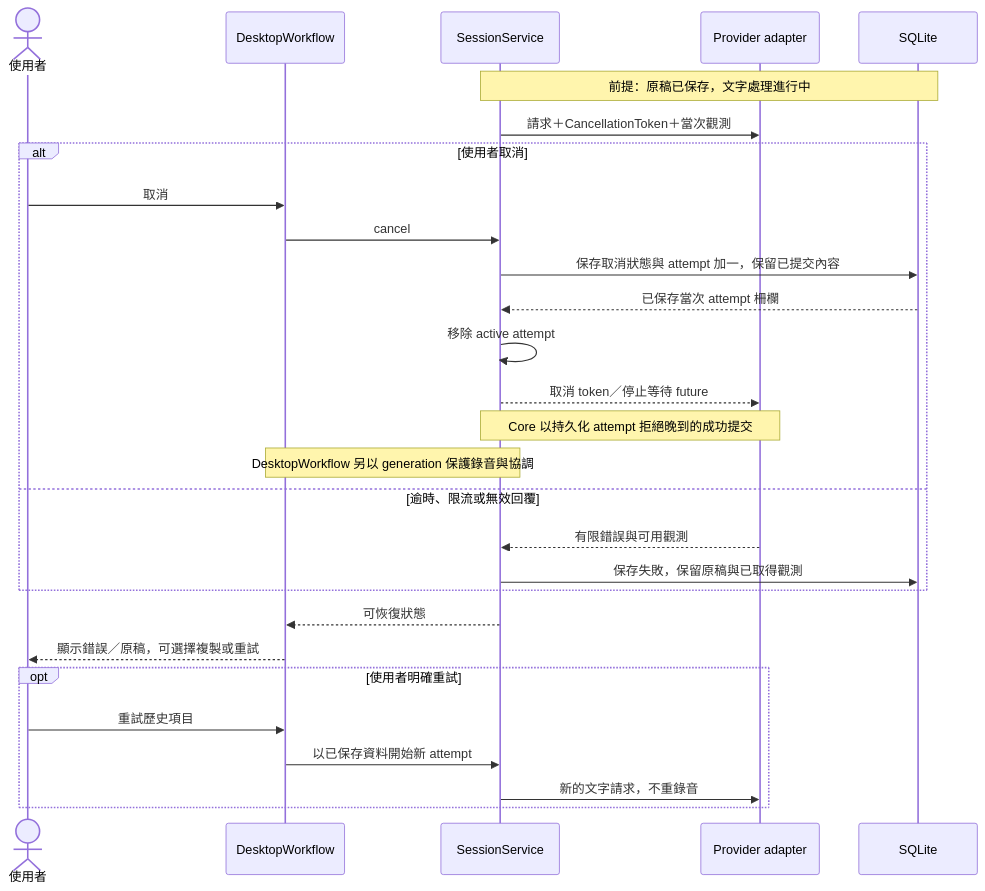
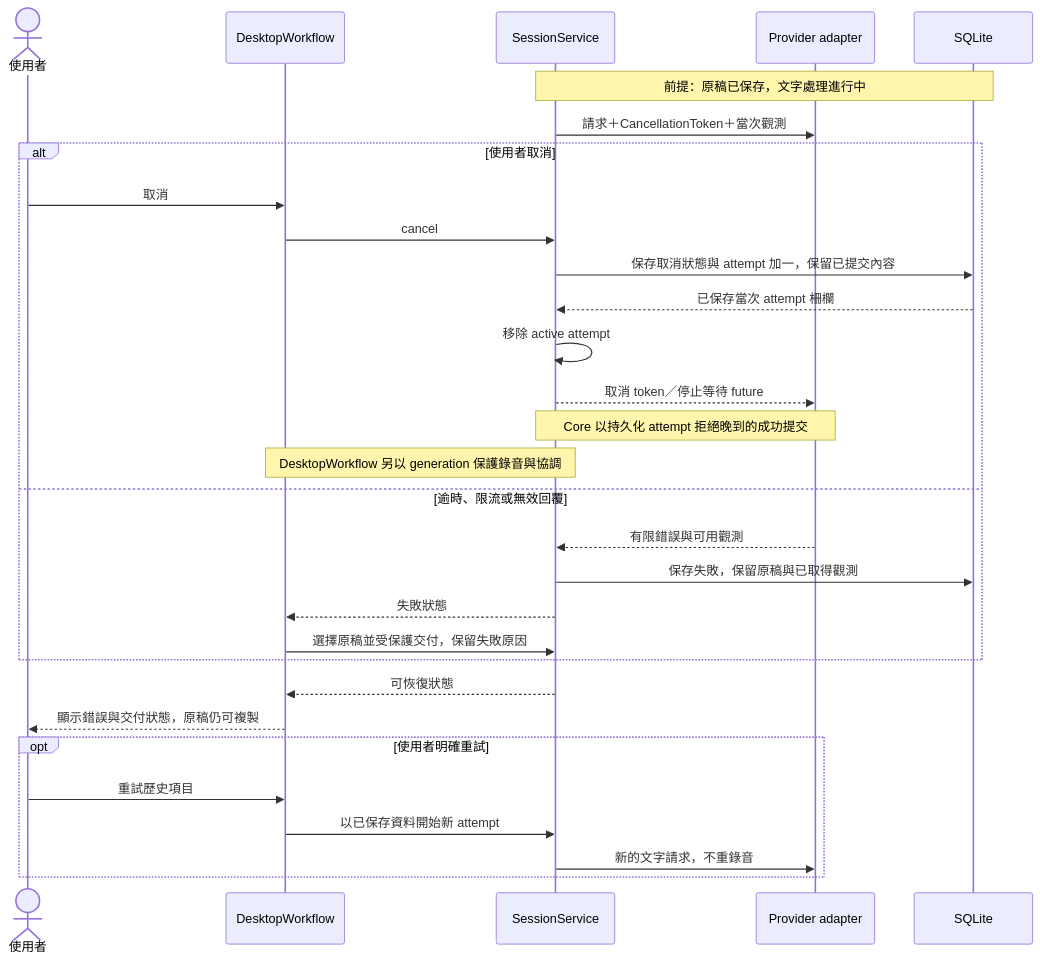
The fourth of 5 diagrams in development.md (swchen44/notype), drawn with Mermaid before and after one commit. The commit also changed other lines of this file and 1 other file, not shown here.

Commit message:
docs: align session sequence and usability test entry points

````diff
--- a/development.md
+++ b/development.md
@@ -170,30 +173,32 @@
 ```mermaid
 sequenceDiagram
     actor User as 使用者
     participant Desktop as DesktopWorkflow
     participant Core as SessionService
     participant API as Provider adapter
     participant DB as SQLite
     Note over Core,DB: 前提：原稿已保存，文字處理進行中
     Core->>API: 請求＋CancellationToken＋當次觀測
     alt 使用者取消
         User->>Desktop: 取消
         Desktop->>Core: cancel
         Core->>DB: 保存取消狀態與 attempt 加一，保留已提交內容
         DB-->>Core: 已保存當次 attempt 柵欄
         Core->>Core: 移除 active attempt
         Core-->>API: 取消 token／停止等待 future
         Note over Core,API: Core 以持久化 attempt 拒絕晚到的成功提交
         Note over Desktop,Core: DesktopWorkflow 另以 generation 保護錄音與協調
     else 逾時、限流或無效回覆
         API-->>Core: 有限錯誤與可用觀測
         Core->>DB: 保存失敗，保留原稿與已取得觀測
+        Core-->>Desktop: 失敗狀態
+        Desktop->>Core: 選擇原稿並受保護交付，保留失敗原因
     end
     Core-->>Desktop: 可恢復狀態
-    Desktop-->>User: 顯示錯誤／原稿，可選擇複製或重試
+    Desktop-->>User: 顯示錯誤與交付狀態，原稿仍可複製
     opt 使用者明確重試
         User->>Desktop: 重試歷史項目
         Desktop->>Core: 以已保存資料開始新 attempt
         Core->>API: 新的文字請求，不重錄音
     end
 ```
````
